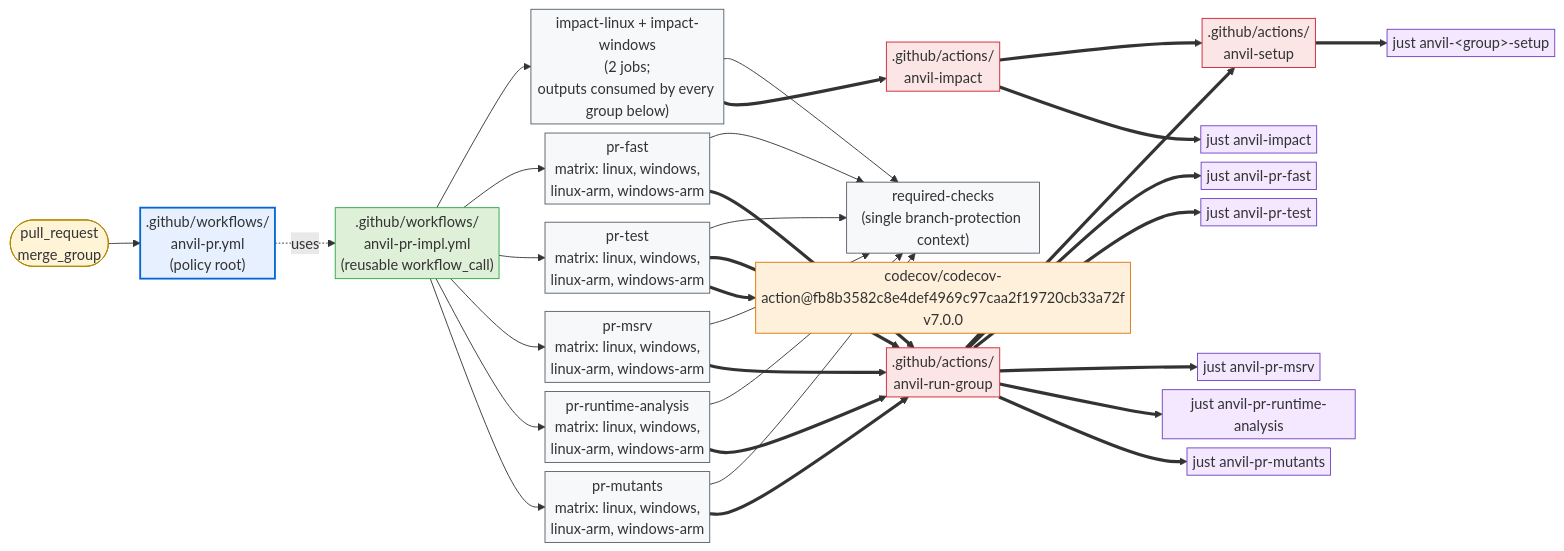
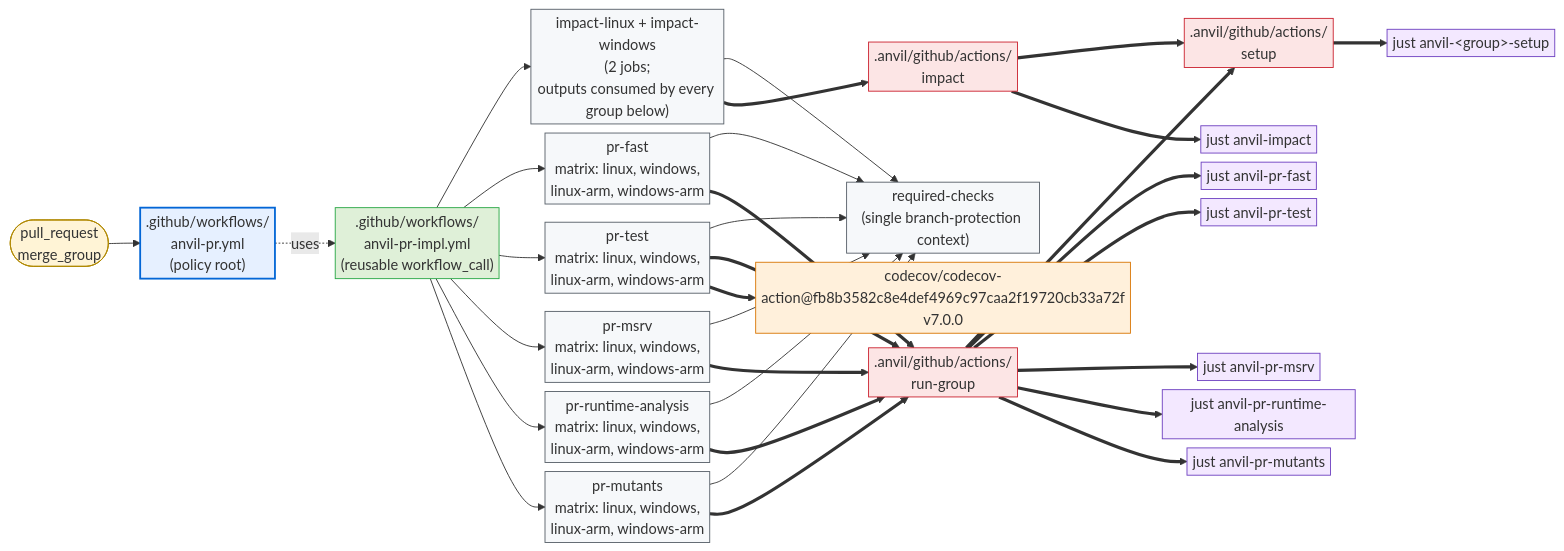
The first of 2 diagrams in crates/cargo-anvil/docs/design/github.md (microsoft/ox-tools), drawn with Mermaid before and after one commit. The commit also changed other lines of this file and 156 other files, not shown here.

````diff
--- a/crates/cargo-anvil/docs/design/github.md
+++ b/crates/cargo-anvil/docs/design/github.md
@@ -53,66 +53,66 @@
 ```mermaid
 %%{init: {"flowchart": {"nodeSpacing": 10, "rankSpacing": 35, "padding": 3}, "themeVariables": {"fontSize": "16px"}}}%%
 flowchart LR
     pr_evt([pull_request<br/>merge_group]):::trigger
     pr_root[".github/workflows/<br/>anvil-pr.yml<br/>(policy root)"]:::root
     pr_impl[".github/workflows/<br/>anvil-pr-impl.yml<br/>(reusable workflow_call)"]:::impl
     impact["impact-linux + impact-windows<br/>(2 jobs;<br/>outputs consumed by every group below)"]:::job
     pr_fast_job["pr-fast<br/>matrix: linux, windows,<br/>linux-arm, windows-arm"]:::job
     pr_test_job["pr-test<br/>matrix: linux, windows,<br/>linux-arm, windows-arm"]:::job
     pr_msrv_job["pr-msrv<br/>matrix: linux, windows,<br/>linux-arm, windows-arm"]:::job
     pr_runtime_analysis_job["pr-runtime-analysis<br/>matrix: linux, windows,<br/>linux-arm, windows-arm"]:::job
     pr_mutants_job["pr-mutants<br/>matrix: linux, windows,<br/>linux-arm, windows-arm"]:::job
     required_checks["required-checks<br/>(single branch-protection context)"]:::job
-    impact_act[".github/actions/<br/>anvil-impact"]:::action
-    setup_act[".github/actions/<br/>anvil-setup"]:::action
-    run_group_act[".github/actions/<br/>anvil-run-group"]:::action
+    impact_act[".anvil/github/actions/<br/>impact"]:::action
+    setup_act[".anvil/github/actions/<br/>setup"]:::action
+    run_group_act[".anvil/github/actions/<br/>run-group"]:::action
     codecov_act["codecov/codecov-action@fb8b3582c8e4def4969c97caa2f19720cb33a72f<br/>v7.0.0"]:::external
     impact_just["just anvil-impact"]:::recipe
     fast_just["just anvil-pr-fast"]:::recipe
     test_just["just anvil-pr-test"]:::recipe
     msrv_just["just anvil-pr-msrv"]:::recipe
     runtime_just["just anvil-pr-runtime-analysis"]:::recipe
     mutants_just["just anvil-pr-mutants"]:::recipe
     setup_just["just anvil-&lt;group&gt;-setup"]:::recipe
 
     pr_evt --> pr_root
     pr_root -. uses .-> pr_impl
     pr_impl --> impact
     pr_impl --> pr_fast_job
     pr_impl --> pr_test_job
     pr_impl --> pr_msrv_job
     pr_impl --> pr_runtime_analysis_job
     pr_impl --> pr_mutants_job
     impact --> required_checks
     pr_fast_job --> required_checks
     pr_test_job --> required_checks
     pr_msrv_job --> required_checks
     pr_runtime_analysis_job --> required_checks
     pr_mutants_job --> required_checks
 
     impact ==> impact_act
     pr_fast_job ==> run_group_act
     pr_test_job ==> run_group_act
     pr_msrv_job ==> run_group_act
     pr_test_job ==> codecov_act
     pr_runtime_analysis_job ==> run_group_act
     pr_mutants_job ==> run_group_act
 
     impact_act ==> setup_act
     impact_act ==> impact_just
     run_group_act ==> setup_act
     run_group_act ==> fast_just
     run_group_act ==> test_just
     run_group_act ==> msrv_just
     run_group_act ==> runtime_just
     run_group_act ==> mutants_just
     setup_act ==> setup_just
 
     classDef trigger fill:#fff4d6,stroke:#b08800,stroke-width:1px;
     classDef root fill:#e6f0ff,stroke:#0366d6,stroke-width:2px;
     classDef impl fill:#dff0d8,stroke:#28a745,stroke-width:1px;
     classDef job fill:#f6f8fa,stroke:#586069,stroke-width:1px;
     classDef action fill:#fce5e5,stroke:#cb2431,stroke-width:1px;
     classDef external fill:#fff0db,stroke:#d97706,stroke-width:1px;
     classDef recipe fill:#f3e8ff,stroke:#6f42c1,stroke-width:1px;
 ```
````
